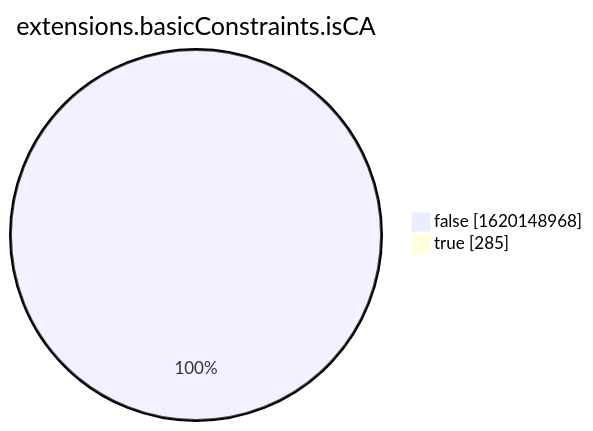
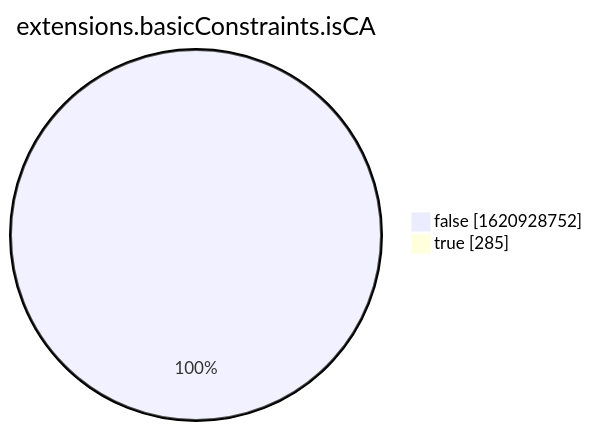
Before and after one commit to christiankrug/ctmonitor_visualization: the eighth of 15 diagrams in xenon2022/README.md, drawn with Mermaid. The commit also changed other lines of this file, not shown here.

````diff
--- a/xenon2022/README.md
+++ b/xenon2022/README.md
@@ -2863,6 +2863,6 @@
 ```mermaid
 pie showData
 title extensions.basicConstraints.isCA
-"false" :1620148968
+"false" :1620928752
 "true" :285
 ```
````
